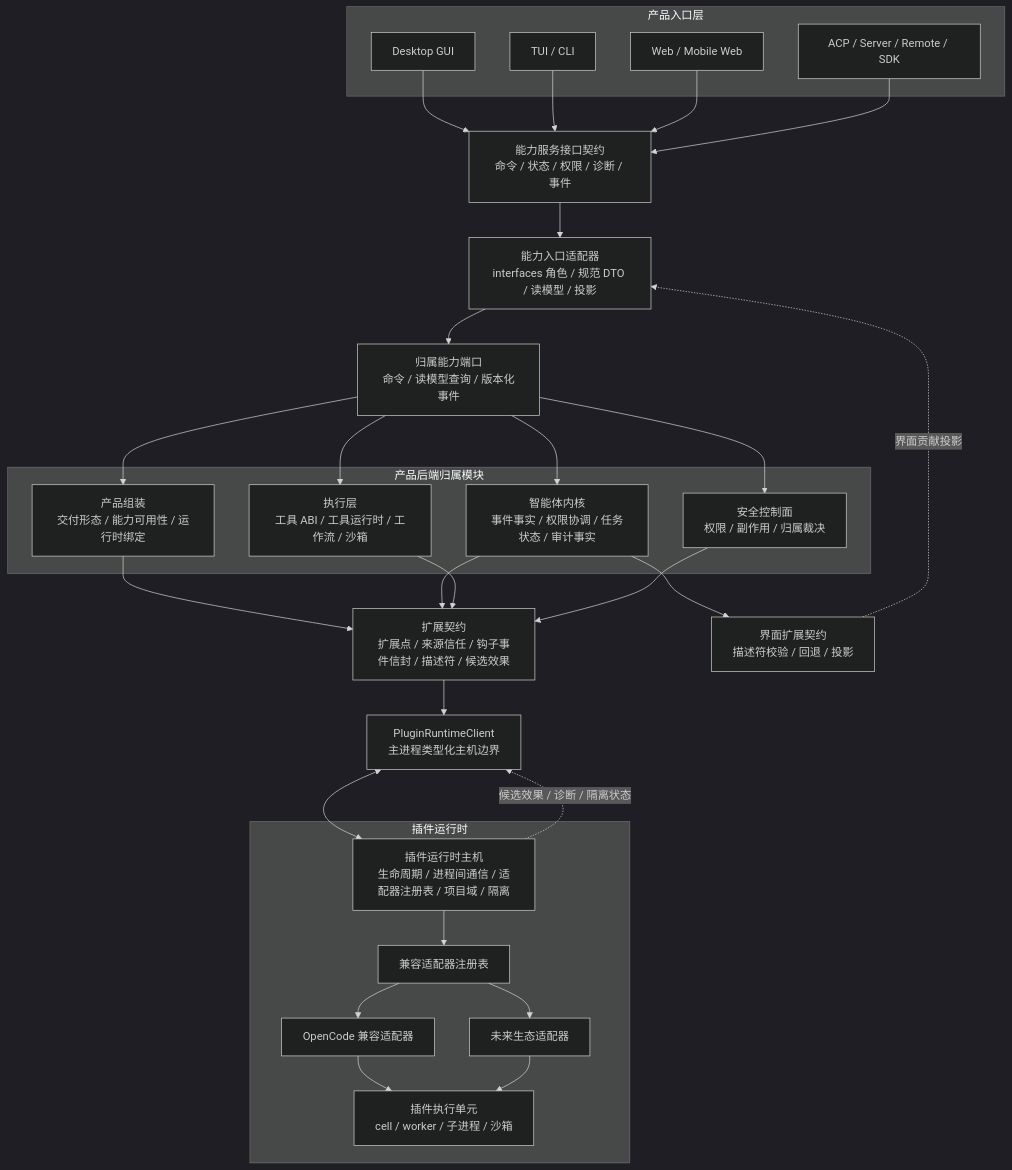
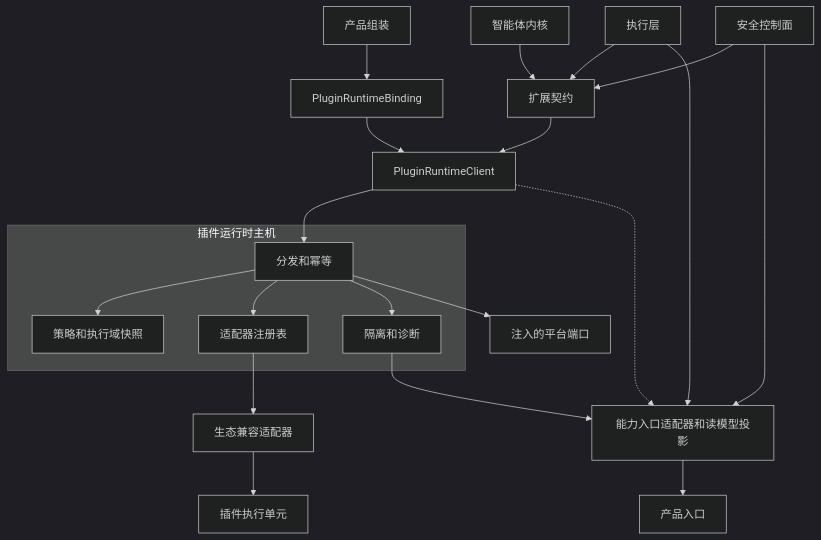
The first of 5 diagrams in docs/architecture/plugin-runtime-host-design.md (1688mengdie/BitFun), drawn with Mermaid (dark theme) before and after one commit. The commit also changed other lines of this file and 2 other files, not shown here.

Commit message:
docs: refine plugin architecture contracts

````diff
--- a/docs/architecture/plugin-runtime-host-design.md
+++ b/docs/architecture/plugin-runtime-host-design.md
@@ -79,60 +56,42 @@
 ```mermaid
 flowchart TB
-  subgraph SurfaceLayer["产品入口层"]
-    Desktop["Desktop GUI"]
-    TUI["TUI / CLI"]
-    Web["Web / Mobile Web"]
-    ACP["ACP / Server / Remote / SDK"]
+  Kernel["智能体内核"]
+  Execution["执行层"]
+  Security["安全控制面"]
+  Assembly["产品组装"]
+  ExtensionContract["扩展契约"]
+  Client["PluginRuntimeClient"]
+  Binding["PluginRuntimeBinding"]
+
+  subgraph Host["插件运行时主机"]
+    Dispatcher["分发和幂等"]
+    Quarantine["隔离和诊断"]
+    Registry["适配器注册表"]
+    Policy["策略和执行域快照"]
   end
 
-  ServerAPI["能力服务接口契约<br/>命令 / 状态 / 权限 / 诊断 / 事件"]
-  SurfaceAdapter["能力入口适配器<br/>interfaces 角色 / 规范 DTO / 读模型 / 投影"]
-  BackendPorts["归属能力端口<br/>命令 / 读模型查询 / 版本化事件"]
+  Adapter["生态兼容适配器"]
+  Unit["插件执行单元"]
+  Ports["注入的平台端口"]
+  SurfaceAdapter["能力入口适配器和读模型投影"]
+  Surface["产品入口"]
 
-  subgraph Backend["产品后端归属模块"]
-    Assembly["产品组装<br/>交付形态 / 能力可用性 / 运行时绑定"]
-    Kernel["智能体内核<br/>事件事实 / 权限协调 / 任务状态 / 审计事实"]
-    Execution["执行层<br/>工具 ABI / 工具运行时 / 工作流 / 沙箱"]
-    Security["安全控制面<br/>权限 / 副作用 / 归属裁决"]
-  end
-
-  ExtensionAPI["扩展契约<br/>扩展点 / 来源信任 / 钩子事件信封 / 描述符 / 候选效果"]
-  UIExt["界面扩展契约<br/>描述符校验 / 回退 / 投影"]
-  Client["PluginRuntimeClient<br/>主进程类型化主机边界"]
-
-  subgraph HostLayer["插件运行时"]
-    Host["插件运行时主机<br/>生命周期 / 进程间通信 / 适配器注册表 / 项目域 / 隔离"]
-    Registry["兼容适配器注册表"]
-    OpenCode["OpenCode 兼容适配器"]
-    Future["未来生态适配器"]
-    Unit["插件执行单元<br/>cell / worker / 子进程 / 沙箱"]
-  end
-
-  Desktop --> ServerAPI
-  TUI --> ServerAPI
-  Web --> ServerAPI
-  ACP --> ServerAPI
-
-  ServerAPI --> SurfaceAdapter
-  SurfaceAdapter --> BackendPorts
-  BackendPorts --> Assembly
-  BackendPorts --> Kernel
-  BackendPorts --> Execution
-  BackendPorts --> Security
-
-  Assembly --> ExtensionAPI
-  Kernel --> ExtensionAPI
-  Execution --> ExtensionAPI
-  Security --> ExtensionAPI
-  Kernel --> UIExt
-  UIExt -. "界面贡献投影" .-> SurfaceAdapter
-
-  ExtensionAPI --> Client
-  Client <--> Host
-  Host --> Registry
-  Registry --> OpenCode
-  Registry --> Future
-  OpenCode --> Unit
-  Future --> Unit
-  Host -. "候选效果 / 诊断 / 隔离状态" .-> Client
+  Assembly --> Binding
+  Binding --> Client
+  Kernel --> ExtensionContract
+  Execution --> ExtensionContract
+  Security --> ExtensionContract
+  ExtensionContract --> Client
+  Client --> Dispatcher
+  Dispatcher --> Policy
+  Dispatcher --> Registry
+  Dispatcher --> Quarantine
+  Registry --> Adapter
+  Adapter --> Unit
+  Dispatcher --> Ports
+  Client -.-> SurfaceAdapter
+  Execution --> SurfaceAdapter
+  Security --> SurfaceAdapter
+  Quarantine --> SurfaceAdapter
+  SurfaceAdapter --> Surface
 ```
````
